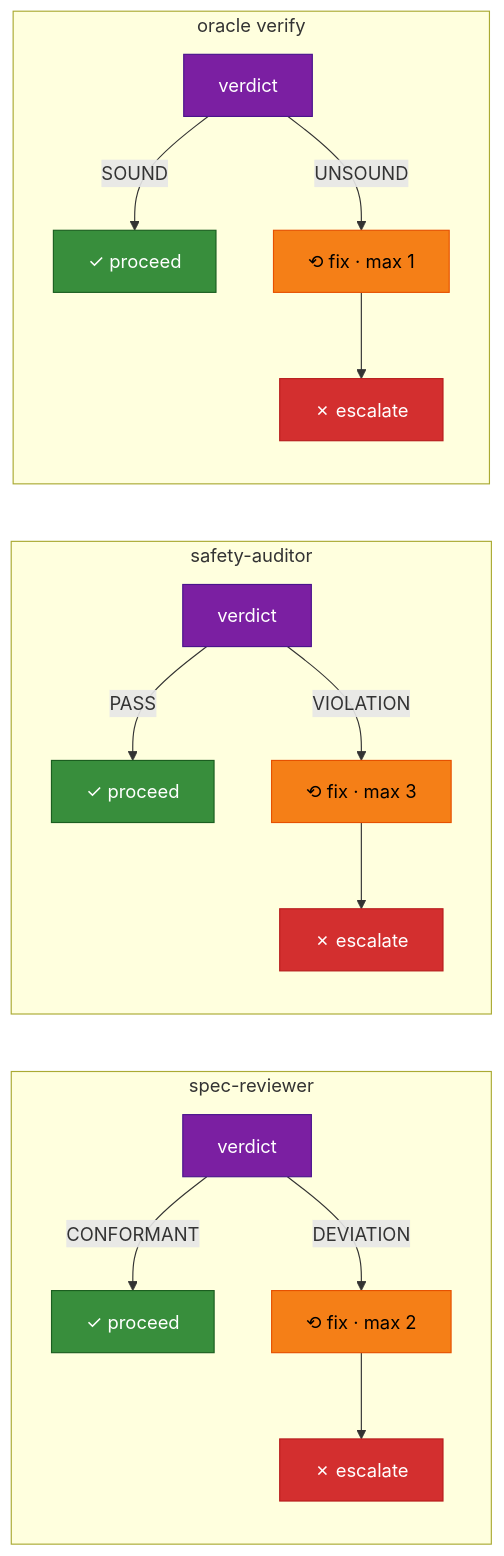
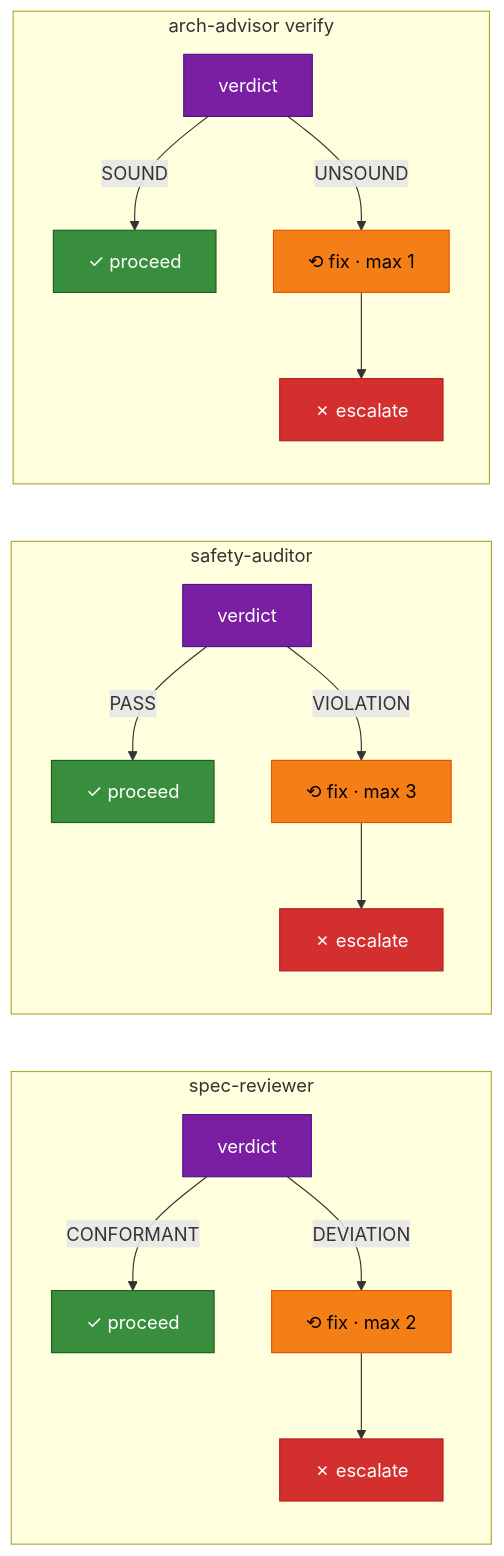
Before and after one commit to TejGandham/keel: the third of 5 diagrams in docs/HOW-IT-WORKS.md, drawn with Mermaid. The commit also changed other lines of this file and 30 other files, not shown here.

First line of the commit message:
refactor: rename oracle → arch-advisor, plan-lander → landing-verifier

````diff
--- a/docs/HOW-IT-WORKS.md
+++ b/docs/HOW-IT-WORKS.md
@@ -93,33 +93,33 @@
 ```mermaid
 graph LR
     subgraph "spec-reviewer"
         SR4["verdict"] -->|"CONFORMANT"| N1["✓ proceed"]
         SR4 -->|"DEVIATION"| F4["⟲ fix · max 2"]
         F4 --> E4["✗ escalate"]
     end
 
     subgraph "safety-auditor"
         SA4["verdict"] -->|"PASS"| N2["✓ proceed"]
         SA4 -->|"VIOLATION"| F5["⟲ fix · max 3"]
         F5 --> E5["✗ escalate"]
     end
 
-    subgraph "oracle verify"
+    subgraph "arch-advisor verify"
         OV4["verdict"] -->|"SOUND"| N3["✓ proceed"]
         OV4 -->|"UNSOUND"| F6["⟲ fix · max 1"]
         F6 --> E6["✗ escalate"]
     end
 
     style SR4 fill:#7B1FA2,stroke:#4A148C,color:#fff
     style SA4 fill:#7B1FA2,stroke:#4A148C,color:#fff
     style OV4 fill:#7B1FA2,stroke:#4A148C,color:#fff
     style N1 fill:#388E3C,stroke:#1B5E20,color:#fff
     style N2 fill:#388E3C,stroke:#1B5E20,color:#fff
     style N3 fill:#388E3C,stroke:#1B5E20,color:#fff
     style F4 fill:#F57F17,stroke:#E65100,color:#000
     style F5 fill:#F57F17,stroke:#E65100,color:#000
     style F6 fill:#F57F17,stroke:#E65100,color:#000
     style E4 fill:#D32F2F,stroke:#B71C1C,color:#fff
     style E5 fill:#D32F2F,stroke:#B71C1C,color:#fff
     style E6 fill:#D32F2F,stroke:#B71C1C,color:#fff
 ```
````
